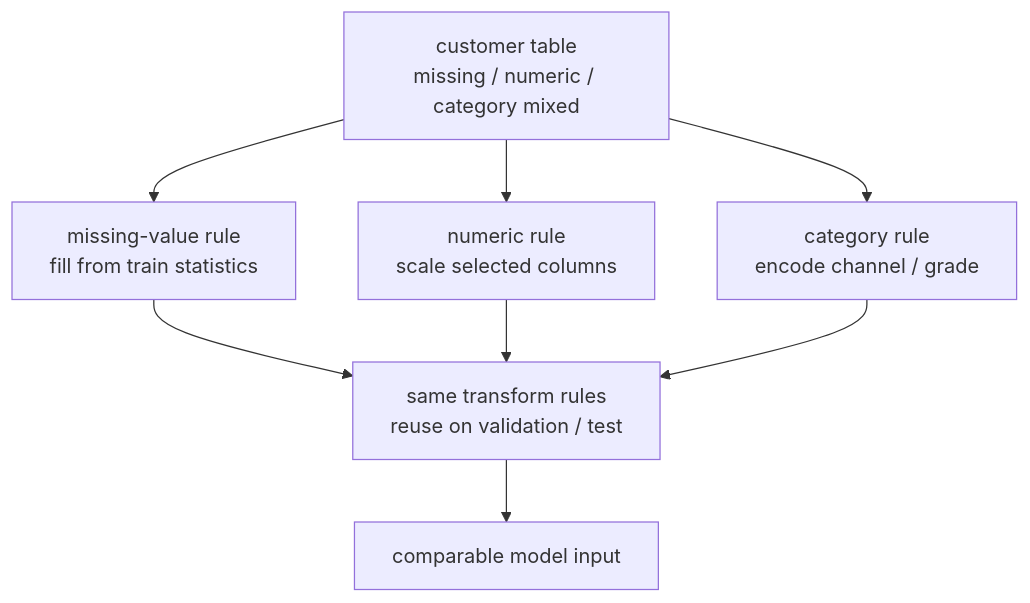
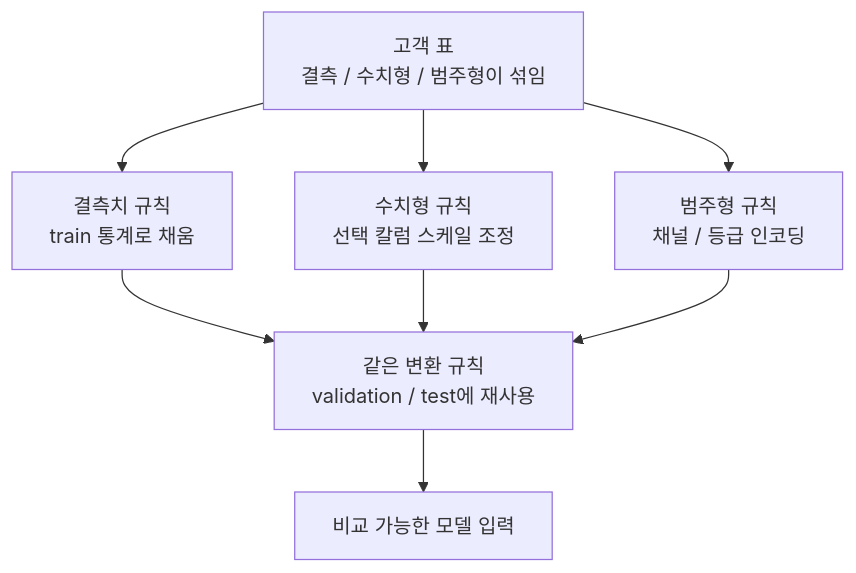
Before and after one commit to devchan64/AiBook: the fourth of 4 diagrams in docs/parts/part-04/chapter-07/section-02.md, drawn with Mermaid. The commit also changed other lines of this file and 138 other files, not shown here.

````diff
--- a/docs/parts/part-04/chapter-07/section-02.md
+++ b/docs/parts/part-04/chapter-07/section-02.md
@@ -712,17 +712,17 @@
 ```mermaid
 flowchart TD
-  A["customer table<br/>missing / numeric / category mixed"]
-  B["missing-value rule<br/>fill from train statistics"]
-  C["numeric rule<br/>scale selected columns"]
-  D["category rule<br/>encode channel / grade"]
-  E["same transform rules<br/>reuse on validation / test"]
-  F["comparable model input"]
+  A["고객 표<br/>결측 / 수치형 / 범주형이 섞임"]
+  B["결측치 규칙<br/>train 통계로 채움"]
+  C["수치형 규칙<br/>선택 칼럼 스케일 조정"]
+  D["범주형 규칙<br/>채널 / 등급 인코딩"]
+  E["같은 변환 규칙<br/>validation / test에 재사용"]
+  F["비교 가능한 모델 입력"]
 
   A --> B
   A --> C
   A --> D
   B --> E
   C --> E
   D --> E
   E --> F
 ```
````
